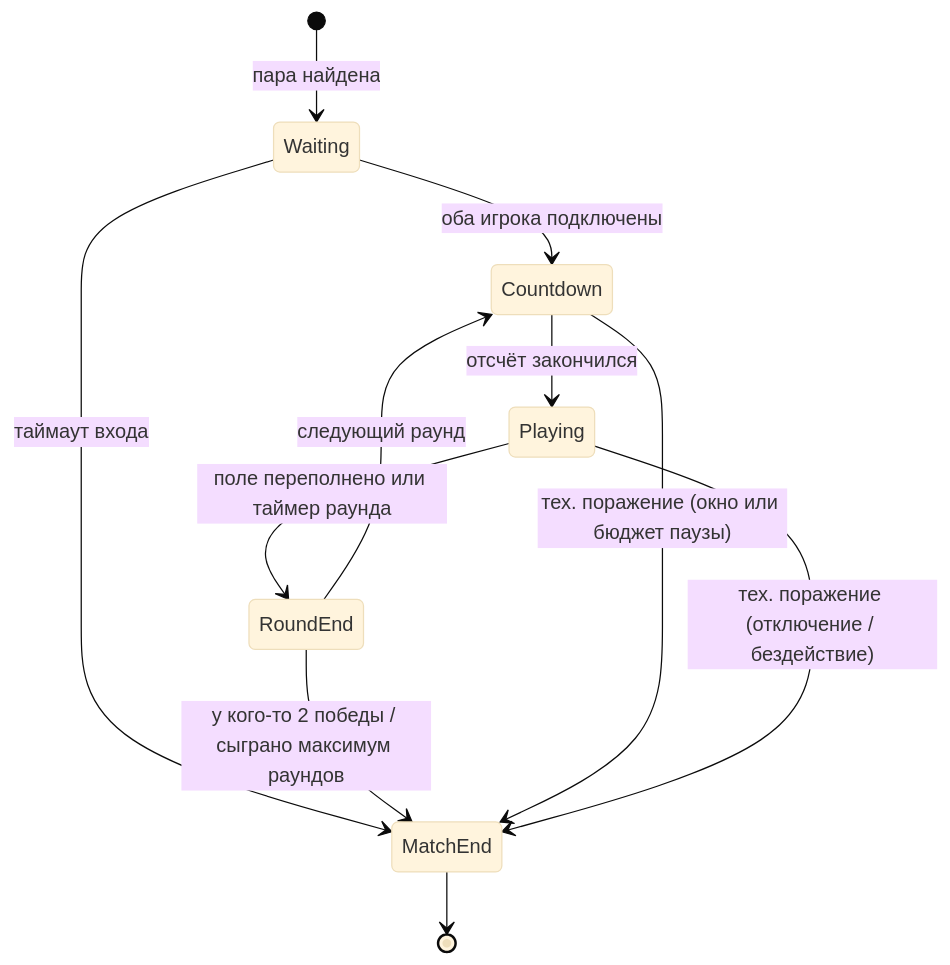
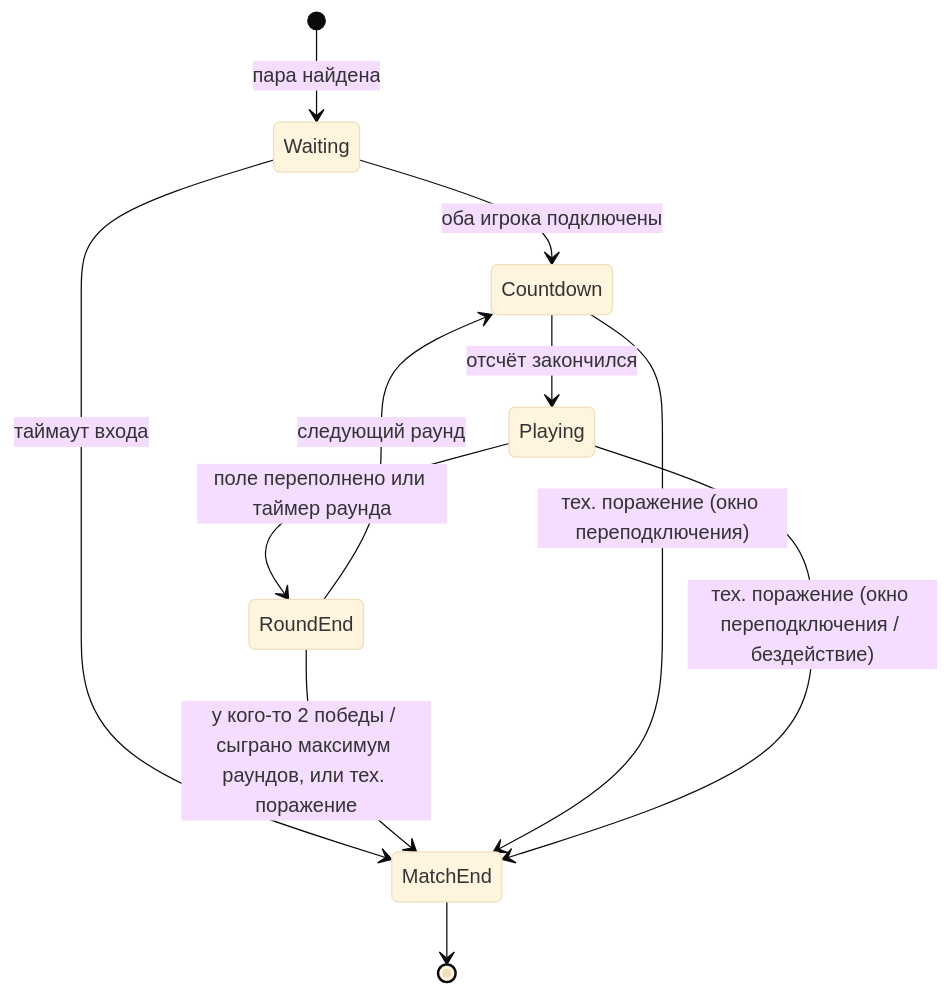
Before and after one commit to Gegirhasut/sabostack-go-server: the second of 2 diagrams in README.ru.md, drawn with Mermaid (base theme). The commit also changed other lines of this file and 27 other files, not shown here.

````diff
--- a/README.ru.md
+++ b/README.ru.md
@@ -100,13 +101,13 @@
 ```mermaid
 stateDiagram-v2
     [*] --> Waiting: пара найдена
     Waiting --> Countdown: оба игрока подключены
     Waiting --> MatchEnd: таймаут входа
     Countdown --> Playing: отсчёт закончился
     Playing --> RoundEnd: поле переполнено или таймер раунда
     RoundEnd --> Countdown: следующий раунд
-    RoundEnd --> MatchEnd: у кого-то 2 победы / сыграно максимум раундов
-    Countdown --> MatchEnd: тех. поражение (окно или бюджет паузы)
-    Playing --> MatchEnd: тех. поражение (отключение / бездействие)
+    RoundEnd --> MatchEnd: у кого-то 2 победы / сыграно максимум раундов, или тех. поражение
+    Countdown --> MatchEnd: тех. поражение (окно переподключения)
+    Playing --> MatchEnd: тех. поражение (окно переподключения / бездействие)
     MatchEnd --> [*]
 ```
````
